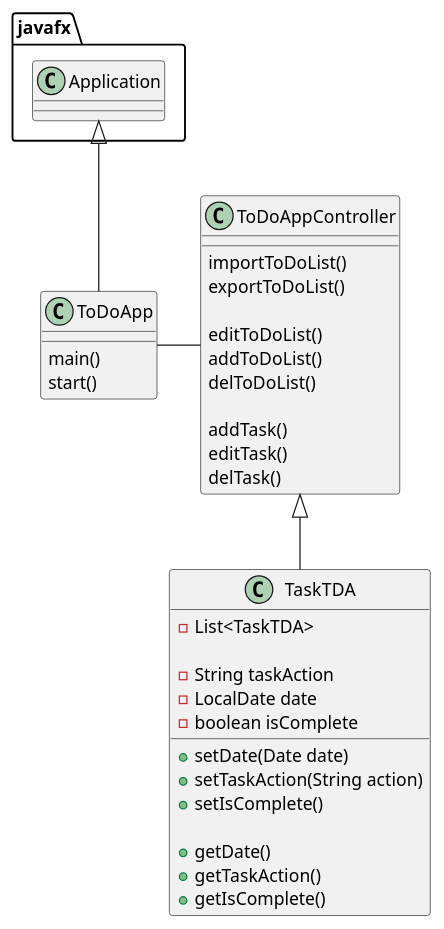
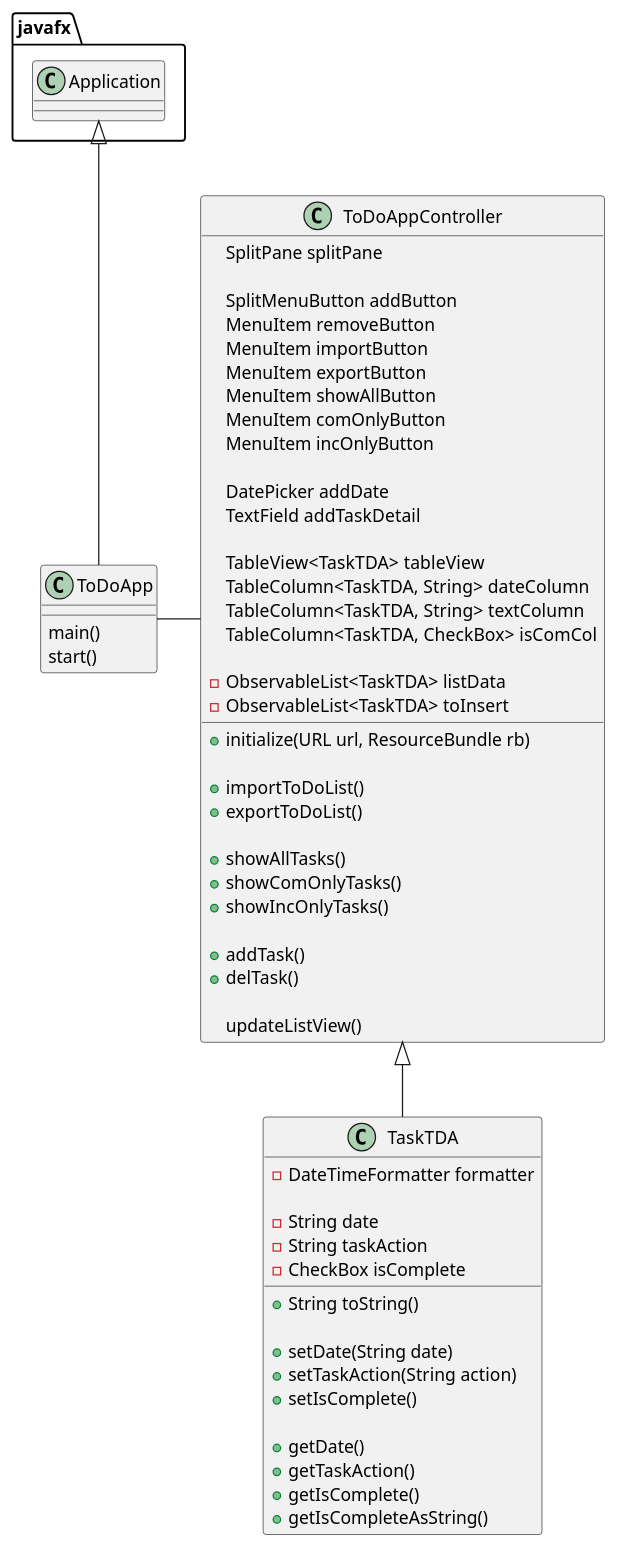
Before and after one commit to Sonxaj/turner-cop3330-assignment4part2: the diagram in uml/ToDoApp.puml, drawn with PlantUML. The commit also changed 5 other files, not shown here.

```diff
--- a/uml/ToDoApp.puml
+++ b/uml/ToDoApp.puml
@@ -1,45 +1,74 @@
 @startuml
 
 class ToDoApp{
     main()
     start()
 }
 
 class ToDoAppController{
-    importToDoList()
-    exportToDoList()
 
-    editToDoList()
-    addToDoList()
-    delToDoList()
+    SplitPane splitPane
 
-    addTask()
-    editTask()
-    delTask()
+    SplitMenuButton addButton
+    MenuItem removeButton
+    MenuItem importButton
+    MenuItem exportButton
+    MenuItem showAllButton
+    MenuItem comOnlyButton
+    MenuItem incOnlyButton
+
+    DatePicker addDate
+    TextField addTaskDetail
+
+    TableView<TaskTDA> tableView
+    TableColumn<TaskTDA, String> dateColumn
+    TableColumn<TaskTDA, String> textColumn
+    TableColumn<TaskTDA, CheckBox> isComCol
+
+    -ObservableList<TaskTDA> listData
+    -ObservableList<TaskTDA> toInsert
+
+    +initialize(URL url, ResourceBundle rb)
+
+    +importToDoList()
+    +exportToDoList()
+
+    +showAllTasks()
+    +showComOnlyTasks()
+    +showIncOnlyTasks()
+
+    +addTask()
+    +delTask()
+
+    updateListView()
 }
 
 
 class TaskTDA{
-    -List<TaskTDA>
 
+    -DateTimeFormatter formatter
+
+    -String date
     -String taskAction
-    -LocalDate date
-    -boolean isComplete
+    -CheckBox isComplete
 
-    +setDate(Date date)
+    +String toString()
+
+    +setDate(String date)
     +setTaskAction(String action)
     +setIsComplete()
 
     +getDate()
     +getTaskAction()
     +getIsComplete()
+    +getIsCompleteAsString()
 }
 
 javafx.Application <|-- ToDoApp
 
 ToDoApp - ToDoAppController
 
 ToDoAppController <|-- TaskTDA
 
 
 @enduml
```
